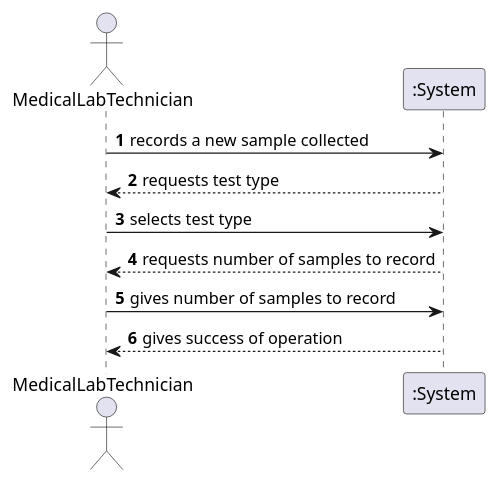
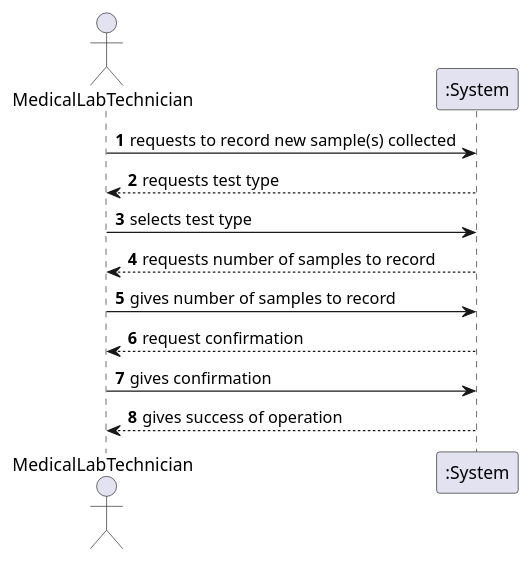
The diagram in docs/SprintC/US5/US5_SSD.puml (MadDinosaur/ISEP-LAPR2), drawn with PlantUML before and after one commit. The commit also changed 8 other files, not shown here.

```diff
--- a/docs/SprintC/US5/US5_SSD.puml
+++ b/docs/SprintC/US5/US5_SSD.puml
@@ -1,14 +1,16 @@
 @startuml
 
 autonumber
 
 actor MedicalLabTechnician as mlt
 participant ":System" as sys
-mlt -> sys: records a new sample collected
+mlt -> sys: requests to record new sample(s) collected
 sys --> mlt: requests test type
 mlt -> sys: selects test type
 sys --> mlt: requests number of samples to record
 mlt -> sys: gives number of samples to record
+sys --> mlt: request confirmation
+mlt -> sys: gives confirmation
 sys --> mlt: gives success of operation
 
 @enduml
```
